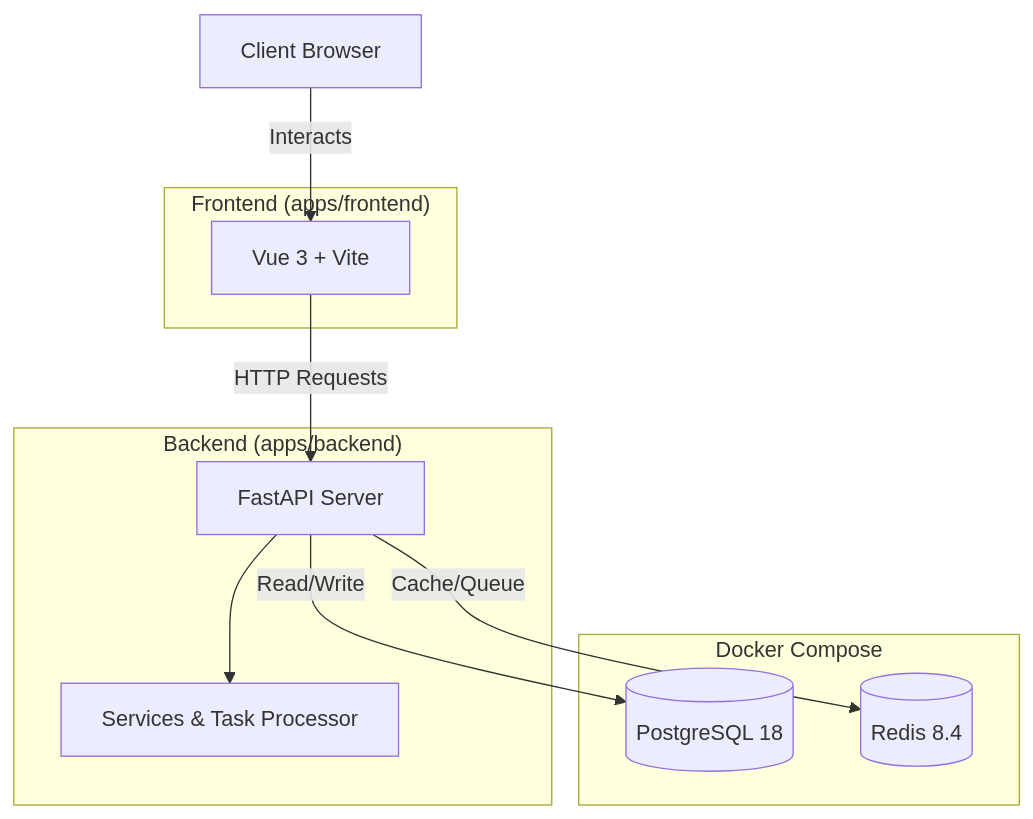
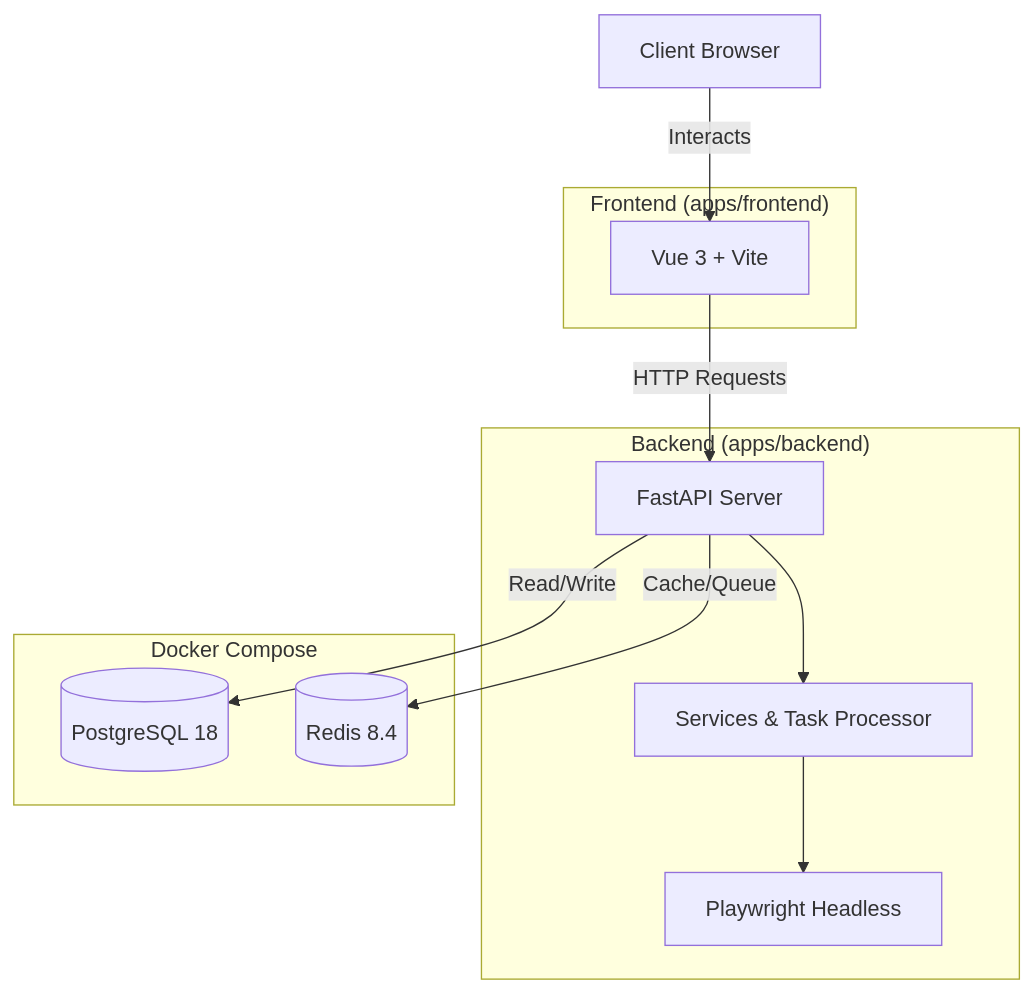
Before and after one commit to Cyl3el2Cleal2/xauusd: the diagram in README.md, drawn with Mermaid. The commit also changed other lines of this file, not shown here.

Commit message:
doc: add playwright

````diff
--- a/README.md
+++ b/README.md
@@ -7,24 +7,26 @@
 ```mermaid
 graph TD
     Client[Client Browser]
     
     subgraph Frontend ["Frontend (apps/frontend)"]
         Vue[Vue 3 + Vite]
     end
     
     subgraph Backend ["Backend (apps/backend)"]
         API[FastAPI Server]
         Services[Services & Task Processor]
+        Scraper[Playwright Headless]
     end
     
     subgraph Infrastructure [Docker Compose]
         DB[(PostgreSQL 18)]
         Redis[(Redis 8.4)]
     end
 
     Client -->|Interacts| Vue
     Vue -->|HTTP Requests| API
     API -->|Read/Write| DB
     API -->|Cache/Queue| Redis
     API --> Services
+    Services --> Scraper
 ```
````
